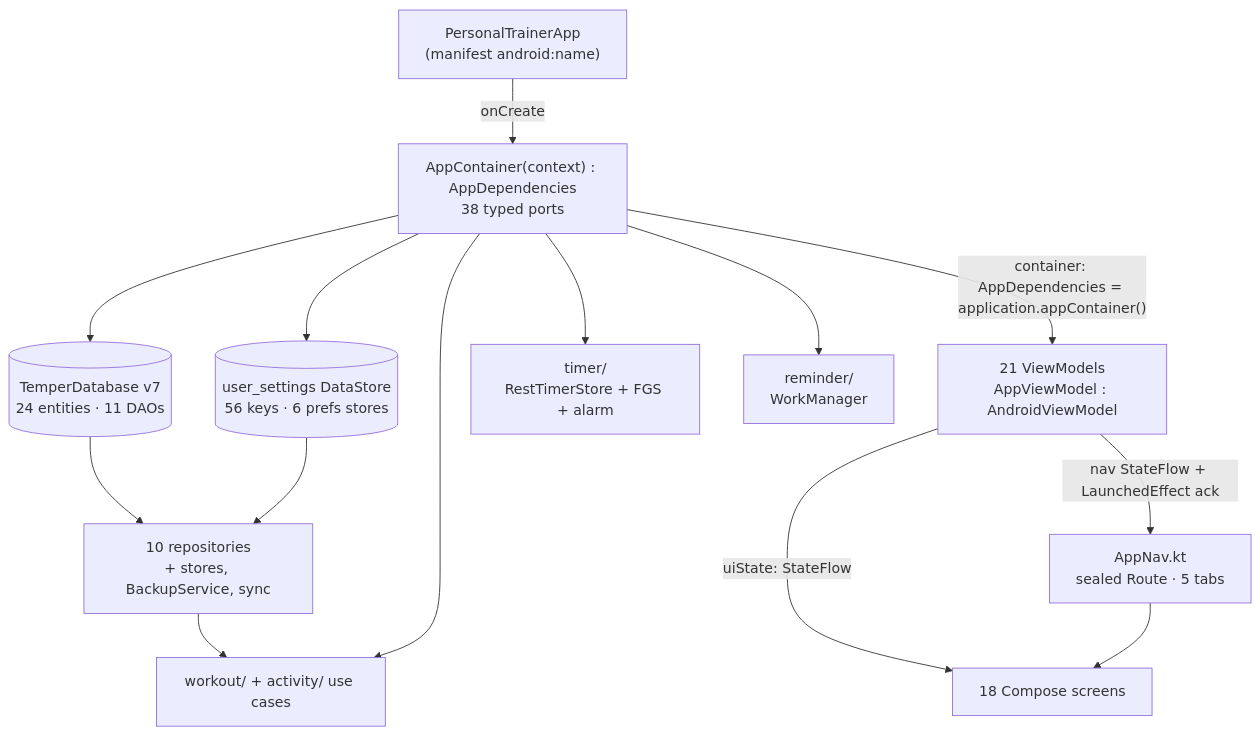
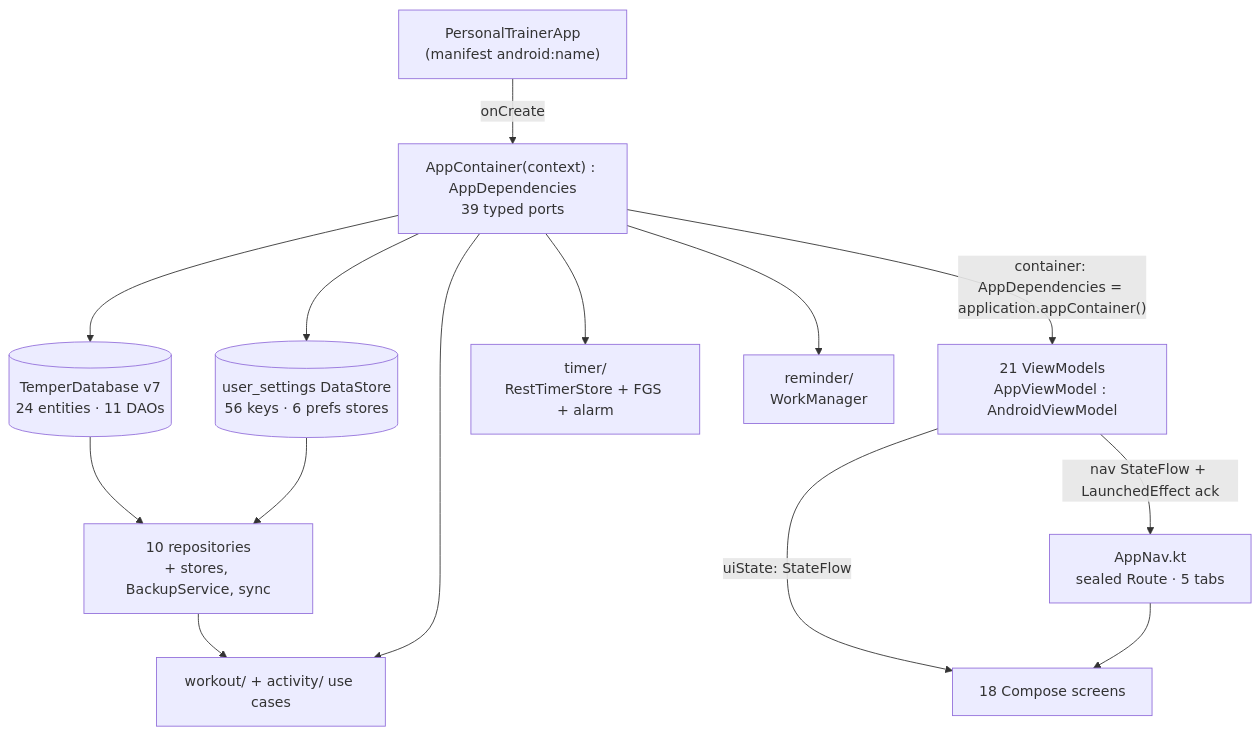
The diagram in docs/architecture/CURRENT_STRUCTURE.md (sinura7/PersonalTrainer), drawn with Mermaid before and after one commit. The commit also changed other lines of this file and 14 other files, not shown here.

````diff
--- a/docs/architecture/CURRENT_STRUCTURE.md
+++ b/docs/architecture/CURRENT_STRUCTURE.md
@@ -74,28 +74,28 @@
 ```mermaid
 flowchart TB
     PTA["PersonalTrainerApp<br/>(manifest android:name)"]
-    AC["AppContainer(context) : AppDependencies<br/>38 typed ports"]
+    AC["AppContainer(context) : AppDependencies<br/>39 typed ports"]
     DB[("TemperDatabase v7<br/>24 entities · 11 DAOs")]
     PREFS[("user_settings DataStore<br/>56 keys · 6 prefs stores")]
     REPOS["10 repositories<br/>+ stores, BackupService, sync"]
     UC["workout/ + activity/ use cases"]
     VMS["21 ViewModels<br/>AppViewModel : AndroidViewModel"]
     NAV["AppNav.kt<br/>sealed Route · 5 tabs"]
     SCR["18 Compose screens"]
     TIM["timer/<br/>RestTimerStore + FGS + alarm"]
     REM["reminder/<br/>WorkManager"]
 
     PTA -->|onCreate| AC
     AC --> DB
     AC --> PREFS
     DB --> REPOS
     PREFS --> REPOS
     REPOS --> UC
     AC --> UC
     AC --> TIM
     AC --> REM
     AC -->|"container: AppDependencies = application.appContainer()"| VMS
     VMS -->|"uiState: StateFlow"| SCR
     VMS -->|"nav StateFlow + LaunchedEffect ack"| NAV
     NAV --> SCR
 ```
````
